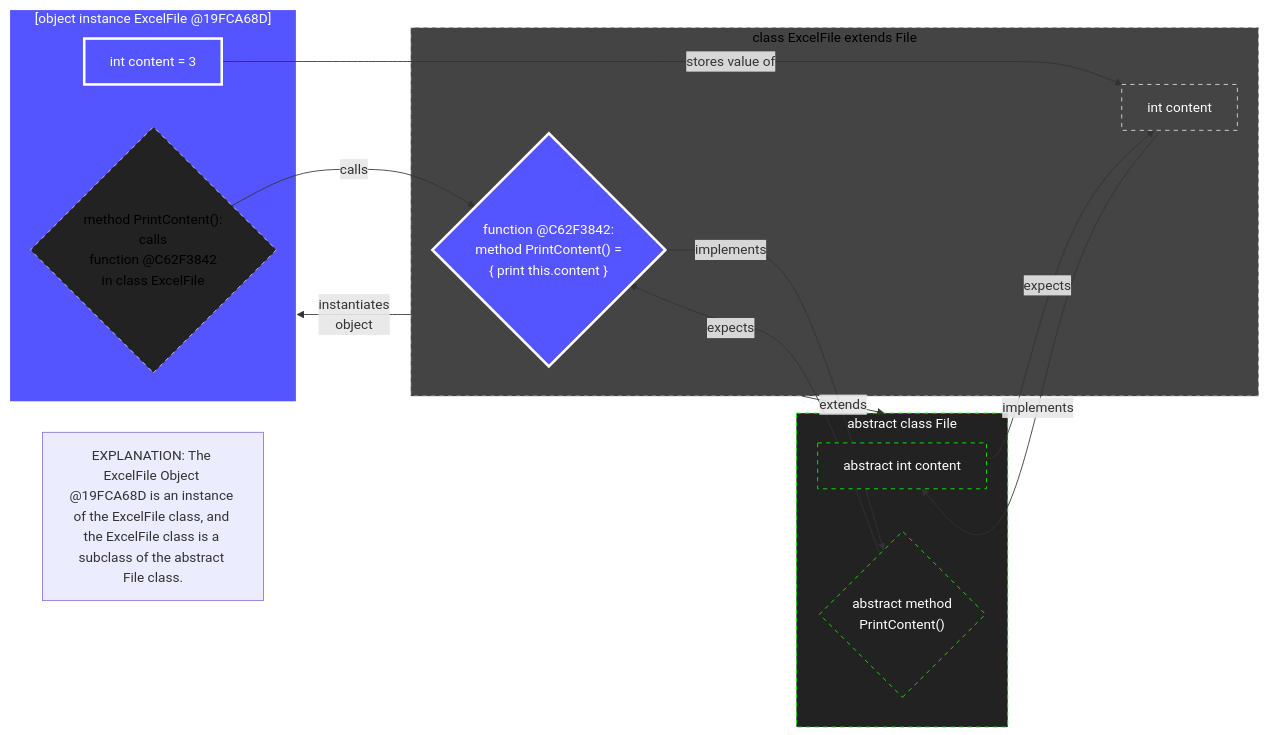
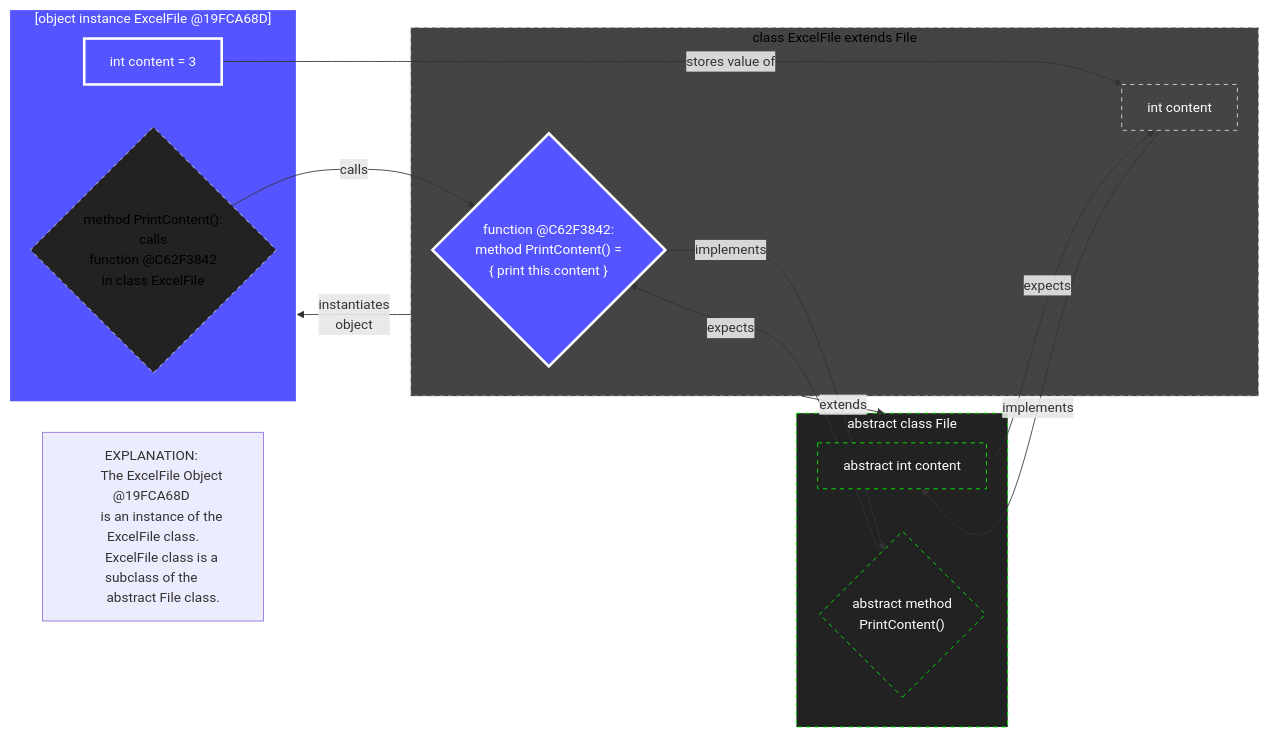
Before and after one commit to realityexpander/How_to_program_from_ground_up: the sixth of 7 diagrams in 09-ClassOrientedProgramming.md, drawn with Mermaid.

Commit message:
improve COP

````diff
--- a/09-ClassOrientedProgramming.md
+++ b/09-ClassOrientedProgramming.md
@@ -581,45 +581,49 @@
   ```mermaid
     flowchart LR
   
     ExcelFileObjectPrintContentMethodFunctionPointer -- calls --> ExcelFileClassPrintContentMethod:::Object
     ExcelFileObjectAgeInt -- stores value of --> ExcelFileClassAgeInt
     subgraph ExcelFileObject["[object instance ExcelFile @19FCA68D]"]
         ExcelFileObjectAgeInt["int content = 3"]
         ExcelFileObjectPrintContentMethodFunctionPointer{"method PrintContent(): 
                                            calls 
                                      function @C62F3842
                                      in class ExcelFile"}
     end
     subgraph classExcelFile["class ExcelFile extends File"]
         ExcelFileClassAgeInt["int content"]
         ExcelFileClassPrintContentMethod{"function @C62F3842:  
                     method PrintContent() =
                     { print this.content }"}
     end
     abstractAgeInt -- expects --> ExcelFileClassAgeInt
     abstractPrintContentMethod -- expects --> ExcelFileClassPrintContentMethod:::Object
     ExcelFileClassAgeInt -- implements --> abstractAgeInt:::Abstract
   
-    note["`EXPLANATION: The ExcelFile Object @19FCA68D is an instance of the ExcelFile class, and the ExcelFile class is a subclass of the abstract File class.`"]
+    note["EXPLANATION: 
+          The ExcelFile Object @19FCA68D 
+          is an instance of the ExcelFile class.
+          ExcelFile class is a subclass of the 
+          abstract File class."]
     
     classExcelFile -- "instantiates 
                        object" --> ExcelFileObject:::Object
     classExcelFile -- extends --> abstractFile:::Abstract
     ExcelFileClassPrintContentMethod -- implements --> abstractPrintContentMethod:::Abstract
     subgraph abstractFile["abstract class File"]
       abstractAgeInt["abstract int content"]
       abstractPrintContentMethod{"abstract method 
                                PrintContent()"}
     end
   
     classDef Abstract fill:#222, stroke:#0F0, stroke-width:1px, color:#fff, stroke-dasharray: 5 5
     
     classDef Class fill:#444, stroke:#00F, stroke-width:1px, color:#000, stroke-dasharray: 5 5
     %% For nodes that are the source of a link, the style must be defined in the link, not the classDef. 
     style classExcelFile fill:#444, stroke:#DDD, stroke-width:1px, color:#000, stroke-dasharray: 5 5
     style ExcelFileClassAgeInt fill:#444, stroke:#DDD, stroke-width:1px, color:#FFF, stroke-dasharray: 5 5
     
     classDef Object fill:#55F, stroke:#FFF, stroke-width:3px, color:#fff
     style ExcelFileObjectAgeInt fill:#55F, stroke:#FFF, stroke-width:3px, color:#fff
     style ExcelFileObjectPrintContentMethodFunctionPointer fill:#222, stroke:#DDD, stroke-width:1px, color:#000, stroke-dasharray: 5 5
   ```
````
